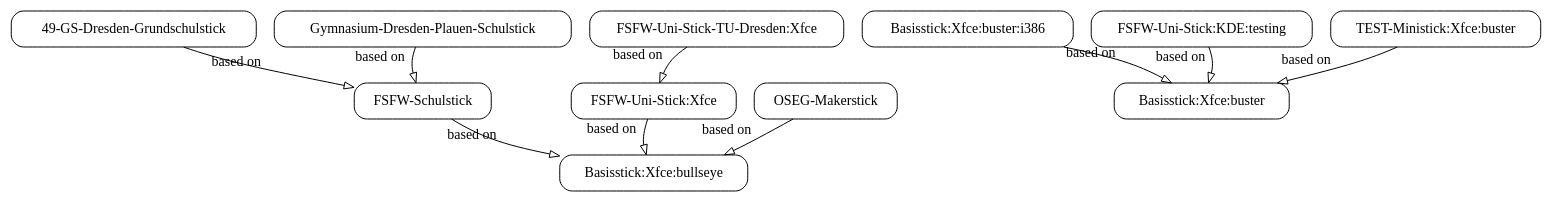
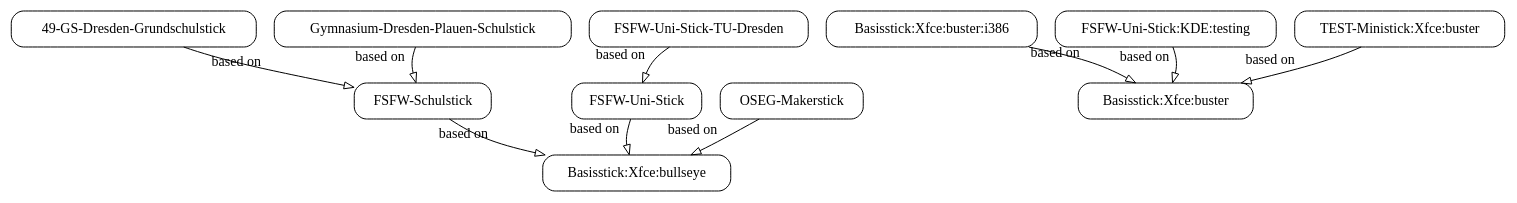
Before and after one commit to fsfw-dresden/usb-live-linux: the diagram in variants.build/features.adoc, drawn with Graphviz. The commit also changed other lines of this file and 1 other file, not shown here.

```diff
--- a/variants.build/features.adoc
+++ b/variants.build/features.adoc
@@ -53,22 +53,22 @@
 [graphviz, build-variant-inheritance.png, dot]
 -------
 digraph build_variants {
   splines=curved;
   node [
     shape = box,
     style = rounded
   ];
   edge [
     arrowhead = empty
   ];
   "49-GS-Dresden-Grundschulstick" -> "FSFW-Schulstick" [ xlabel = "based on" ];
   "Basisstick:Xfce:buster:i386" -> "Basisstick:Xfce:buster" [ xlabel = "based on" ];
   "FSFW-Schulstick" -> "Basisstick:Xfce:bullseye" [ xlabel = "based on" ];
+  "FSFW-Uni-Stick" -> "Basisstick:Xfce:bullseye" [ xlabel = "based on" ];
   "FSFW-Uni-Stick:KDE:testing" -> "Basisstick:Xfce:buster" [ xlabel = "based on" ];
-  "FSFW-Uni-Stick-TU-Dresden:Xfce" -> "FSFW-Uni-Stick:Xfce" [ xlabel = "based on" ];
-  "FSFW-Uni-Stick:Xfce" -> "Basisstick:Xfce:bullseye" [ xlabel = "based on" ];
+  "FSFW-Uni-Stick-TU-Dresden" -> "FSFW-Uni-Stick" [ xlabel = "based on" ];
   "Gymnasium-Dresden-Plauen-Schulstick" -> "FSFW-Schulstick" [ xlabel = "based on" ];
   "OSEG-Makerstick" -> "Basisstick:Xfce:bullseye" [ xlabel = "based on" ];
   "TEST-Ministick:Xfce:buster" -> "Basisstick:Xfce:buster" [ xlabel = "based on" ];
 }
 -------
```
